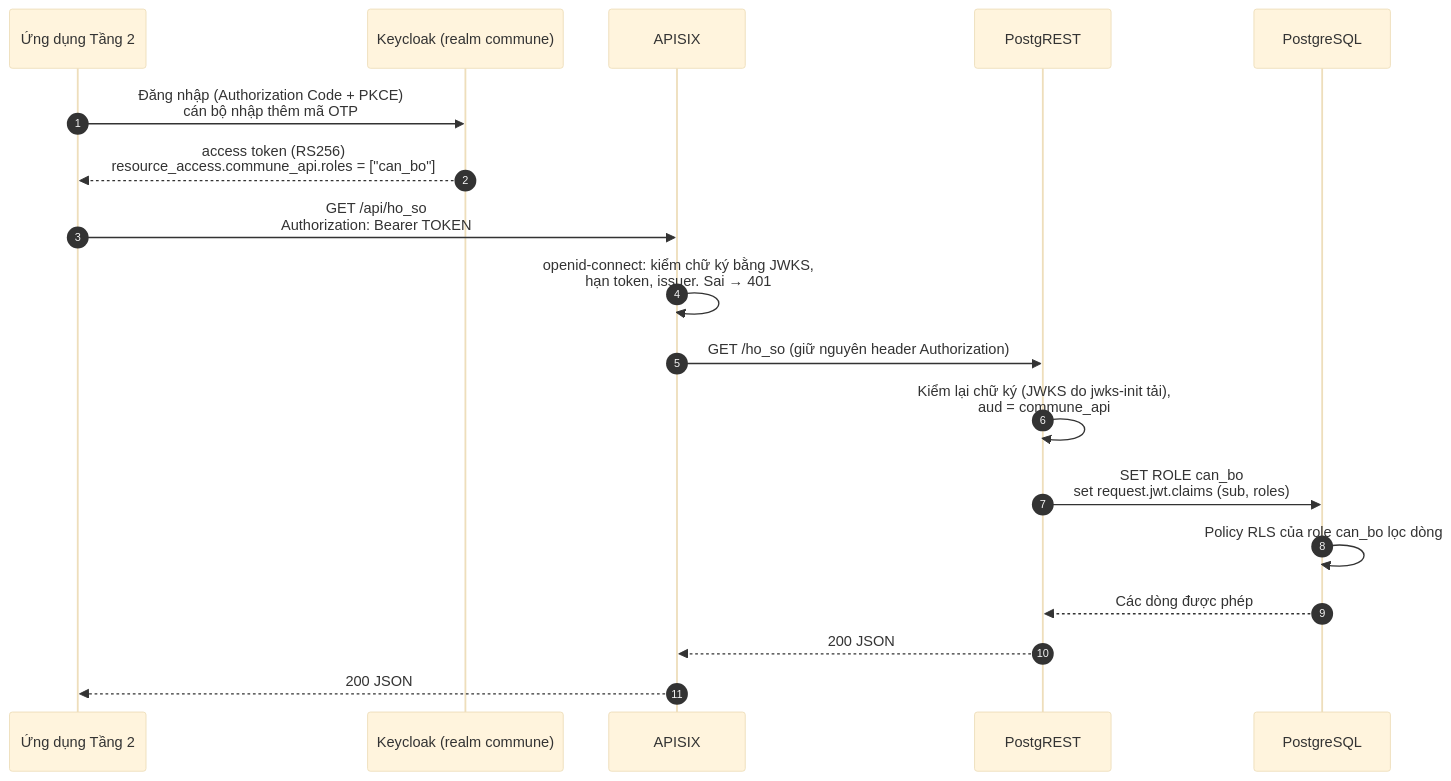
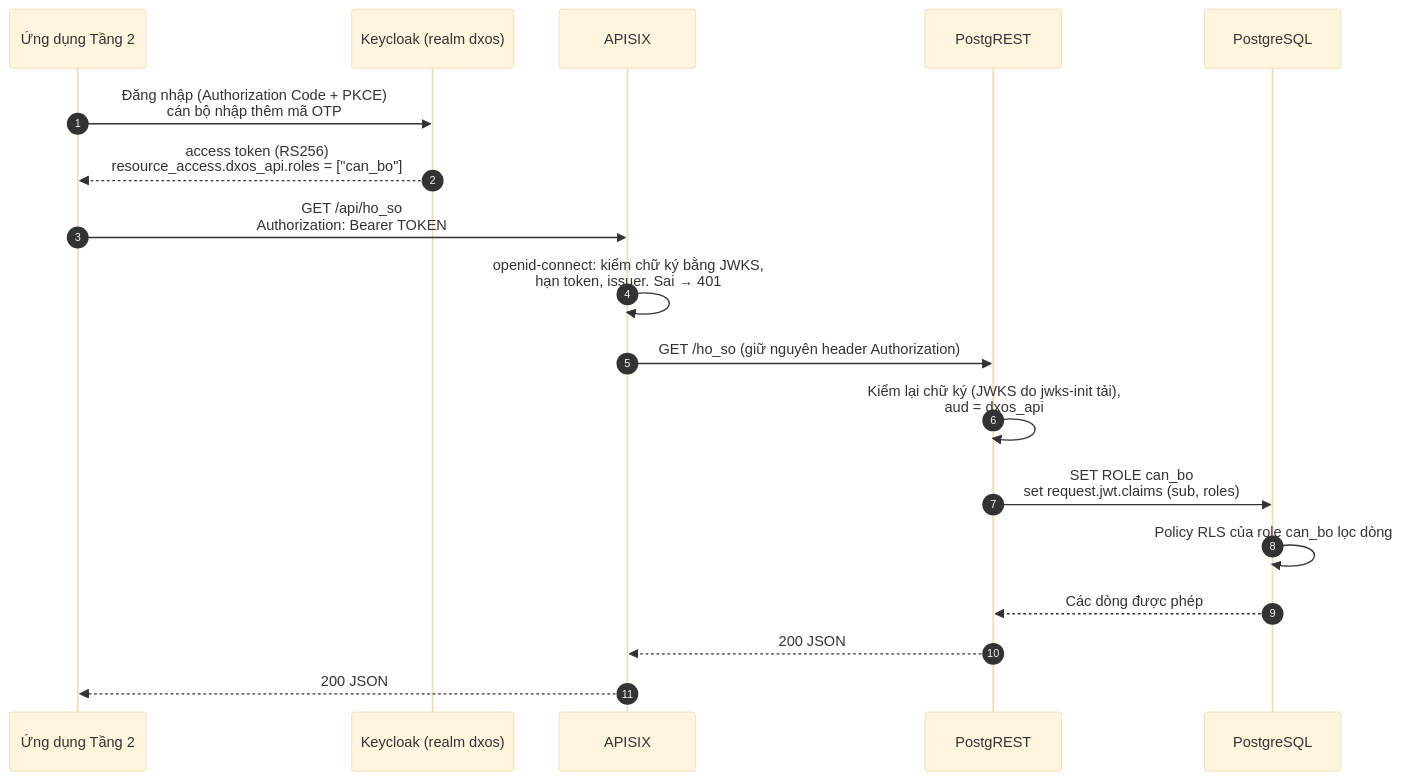
One commit to commune-dxos/commune-dxos changed the third of 3 diagrams in docs/architecture.md. Above: the diagram before and after it, drawn with Mermaid (base theme). The commit also changed other lines of this file and 27 other files, not shown here.

````diff
--- a/docs/architecture.md
+++ b/docs/architecture.md
@@ -90,21 +177,21 @@
 ```mermaid
 sequenceDiagram
   autonumber
   participant App as Ứng dụng Tầng 2
-  participant KC as Keycloak (realm commune)
+  participant KC as Keycloak (realm dxos)
   participant GW as APISIX
   participant API as PostgREST
   participant DB as PostgreSQL
 
   App->>KC: Đăng nhập (Authorization Code + PKCE)<br/>cán bộ nhập thêm mã OTP
-  KC-->>App: access token (RS256)<br/>resource_access.commune_api.roles = ["can_bo"]
+  KC-->>App: access token (RS256)<br/>resource_access.dxos_api.roles = ["can_bo"]
   App->>GW: GET /api/ho_so<br/>Authorization: Bearer TOKEN
   GW->>GW: openid-connect: kiểm chữ ký bằng JWKS,<br/>hạn token, issuer. Sai → 401
   GW->>API: GET /ho_so (giữ nguyên header Authorization)
-  API->>API: Kiểm lại chữ ký (JWKS do jwks-init tải),<br/>aud = commune_api
+  API->>API: Kiểm lại chữ ký (JWKS do jwks-init tải),<br/>aud = dxos_api
   API->>DB: SET ROLE can_bo<br/>set request.jwt.claims (sub, roles)
   DB->>DB: Policy RLS của role can_bo lọc dòng
   DB-->>API: Các dòng được phép
   API-->>GW: 200 JSON
   GW-->>App: 200 JSON
 ```
````
